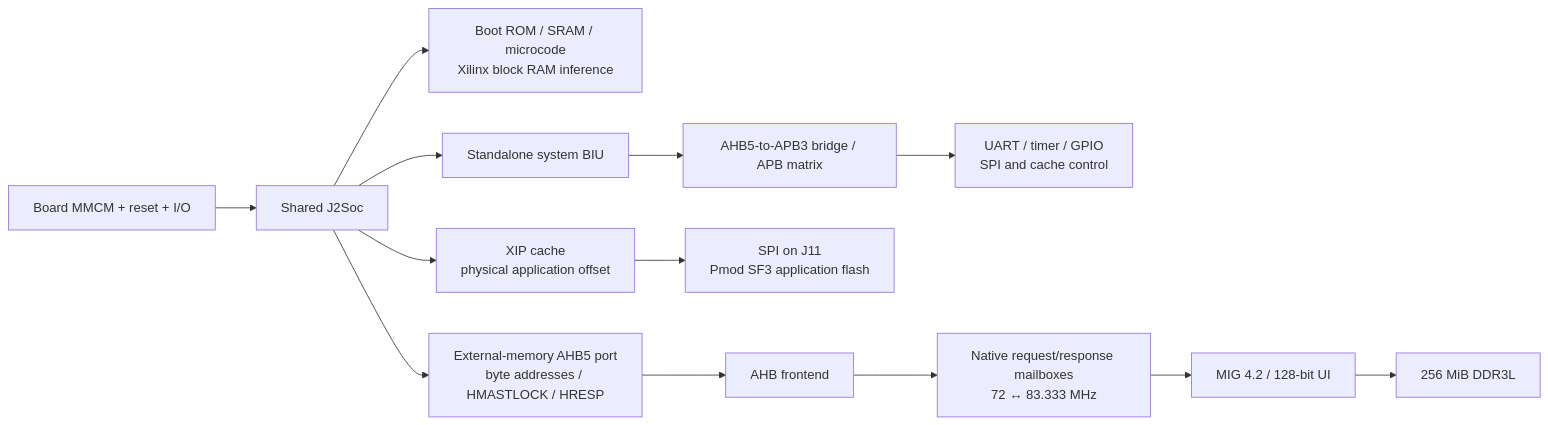
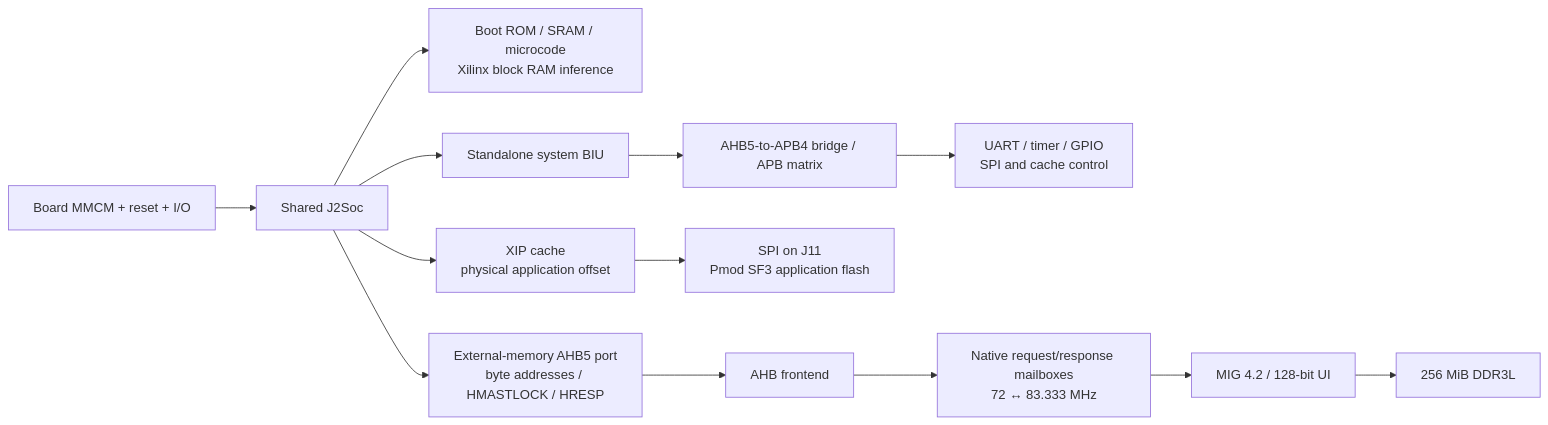
One commit to PreviousVOD/VexJ2 changed the first of 3 diagrams in docs/wukong-v1.md. Above: the diagram before and after it, drawn with Mermaid. The commit also changed 27 other files, not shown here.

````diff
--- a/docs/wukong-v1.md
+++ b/docs/wukong-v1.md
@@ -88,15 +88,15 @@
 ```mermaid
 flowchart LR
   P["Board MMCM + reset + I/O"] --> S["Shared J2Soc"]
   S --> R["Boot ROM / SRAM / microcode<br/>Xilinx block RAM inference"]
   S --> BIU["Standalone system BIU"]
-  BIU --> APB["AHB5-to-APB3 bridge / APB matrix"]
+  BIU --> APB["AHB5-to-APB4 bridge / APB matrix"]
   APB --> U["UART / timer / GPIO<br/>SPI and cache control"]
   S --> C["XIP cache<br/>physical application offset"]
   C --> F["SPI on J11<br/>Pmod SF3 application flash"]
   S --> B["External-memory AHB5 port<br/>byte addresses / HMASTLOCK / HRESP"]
   B --> FRONT["AHB frontend"]
   FRONT --> E["Native request/response mailboxes<br/>72 ↔ 83.333 MHz"]
   E --> M["MIG 4.2 / 128-bit UI"]
   M --> D["256 MiB DDR3L"]
 ```
````
